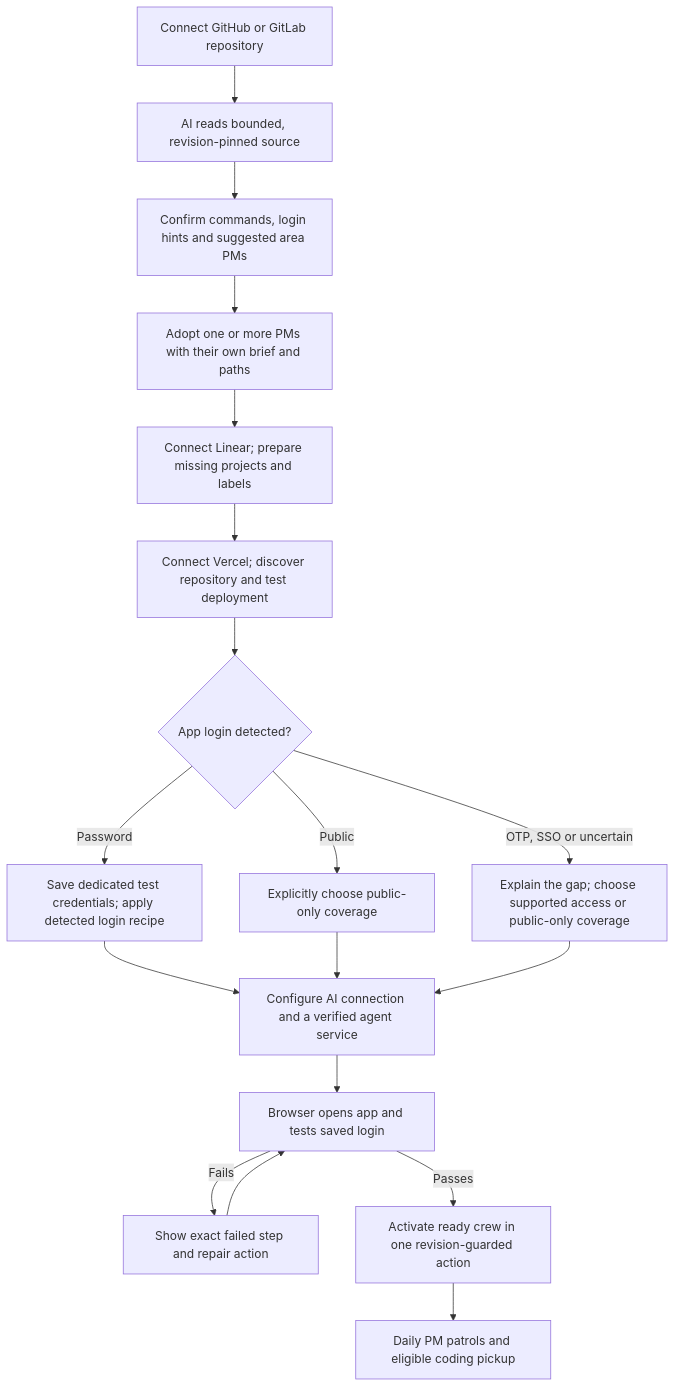
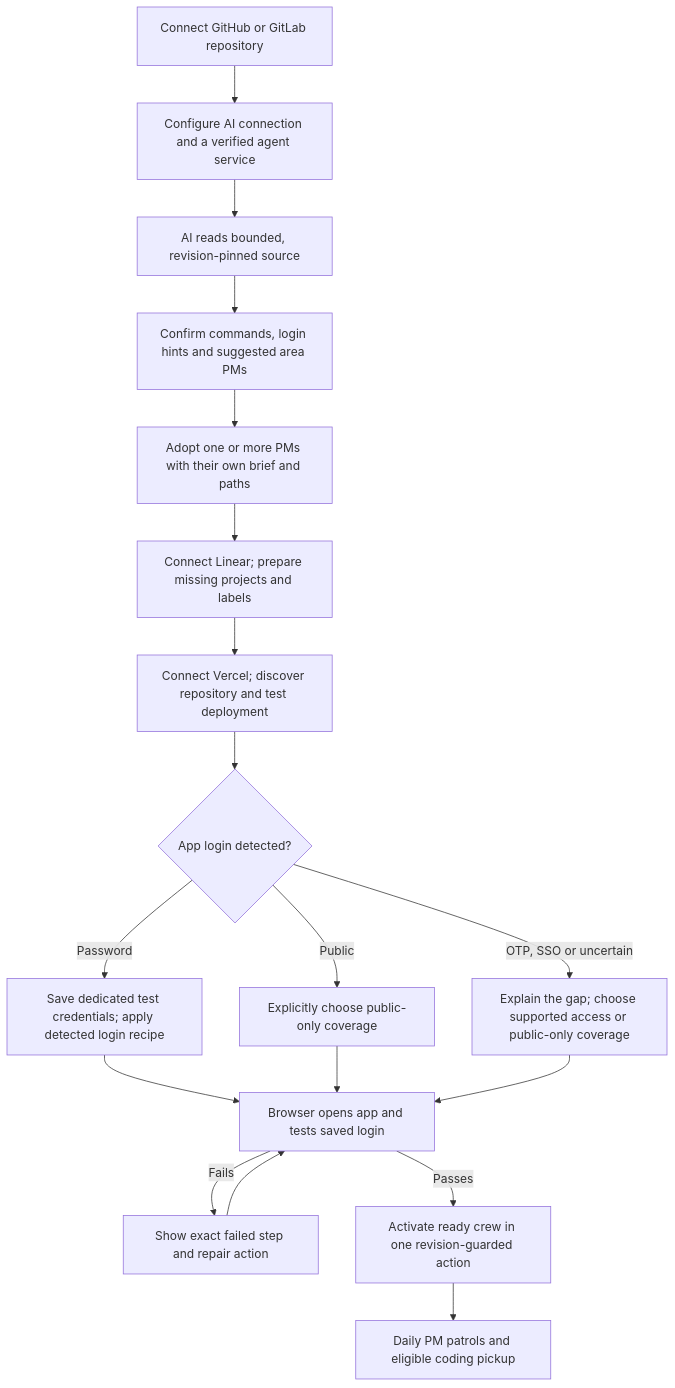
Before and after one commit to AgentBurgundy/shipgremlins: the first of 4 diagrams in docs/AUTONOMOUS_WORKFLOW.md, drawn with Mermaid.

Commit message:
Clarify agent prerequisites in setup flowchart

````diff
--- a/docs/AUTONOMOUS_WORKFLOW.md
+++ b/docs/AUTONOMOUS_WORKFLOW.md
@@ -13,20 +13,20 @@
 ```mermaid
 flowchart TD
-  Repo[Connect GitHub or GitLab repository] --> Inspect[AI reads bounded, revision-pinned source]
+  Repo[Connect GitHub or GitLab repository] --> Worker[Configure AI connection and a verified agent service]
+  Worker --> Inspect[AI reads bounded, revision-pinned source]
   Inspect --> Review[Confirm commands, login hints and suggested area PMs]
   Review --> Adopt[Adopt one or more PMs with their own brief and paths]
   Adopt --> Linear[Connect Linear; prepare missing projects and labels]
   Linear --> Hosting[Connect Vercel; discover repository and test deployment]
   Hosting --> Access{App login detected?}
   Access -->|Password| Account[Save dedicated test credentials; apply detected login recipe]
   Access -->|Public| Public[Explicitly choose public-only coverage]
   Access -->|OTP, SSO or uncertain| Clarify[Explain the gap; choose supported access or public-only coverage]
-  Account --> Worker[Configure AI connection and a verified agent service]
-  Public --> Worker
-  Clarify --> Worker
-  Worker --> Probe[Browser opens app and tests saved login]
+  Account --> Probe[Browser opens app and tests saved login]
+  Public --> Probe
+  Clarify --> Probe
   Probe -->|Fails| Repair[Show exact failed step and repair action]
   Repair --> Probe
   Probe -->|Passes| Activate[Activate ready crew in one revision-guarded action]
   Activate --> Patrol[Daily PM patrols and eligible coding pickup]
 ```
````
